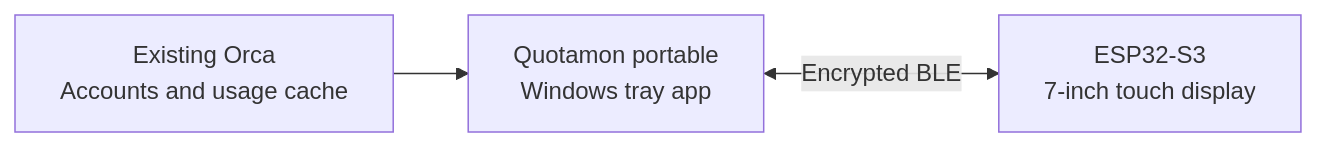
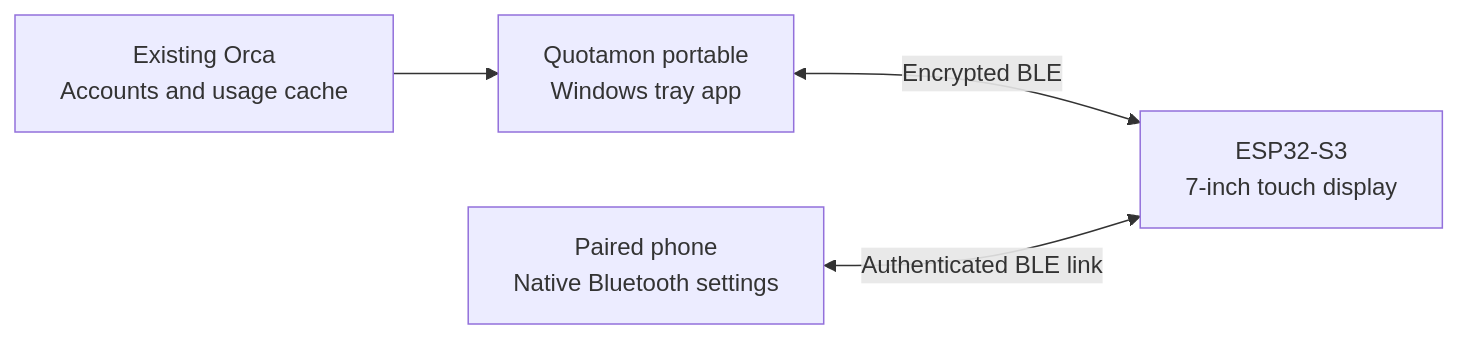
Before and after one commit to guyster323/ESP32_7inch_Quotamon: the diagram in README.en.md, drawn with Mermaid. The commit also changed other lines of this file and 117 other files, not shown here.

Commit message:
Add paired BLE phone presence and document 0.3.0 verification

````diff
--- a/README.en.md
+++ b/README.en.md
@@ -77,5 +77,6 @@
 ```mermaid
 flowchart LR
     A[Existing Orca<br/>Accounts and usage cache] --> B[Quotamon portable<br/>Windows tray app]
     B <-->|Encrypted BLE| C[ESP32-S3<br/>7-inch touch display]
+    D[Paired phone<br/>Native Bluetooth settings] <-->|Authenticated BLE link| C
 ```
````
